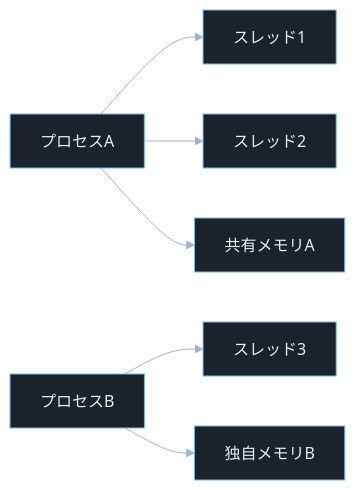
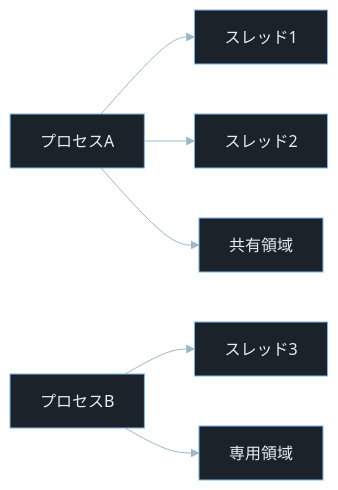
Before and after one commit to Omni-lab26/recon0x-content: the first of 2 diagrams in articles/process-and-thread/index.md, drawn with Mermaid. The commit also changed other lines of this file and 3 other files, not shown here.

````diff
--- a/articles/process-and-thread/index.md
+++ b/articles/process-and-thread/index.md
@@ -53,9 +56,9 @@
 ```mermaid
 %%{init: {"theme":"base","themeVariables":{"background":"#0b1117","primaryColor":"#1b222a","primaryBorderColor":"#7fb6e8","primaryTextColor":"#e6edf3","lineColor":"#9db6c9","secondaryColor":"#111827","tertiaryColor":"#0b1117"}}}%%
 flowchart LR
     A[プロセスA] --> B[スレッド1]
     A --> C[スレッド2]
-    A --> D[共有メモリA]
+    A --> D[共有領域]
     E[プロセスB] --> F[スレッド3]
-    E --> G[独自メモリB]
+    E --> G[専用領域]
 ```
````
